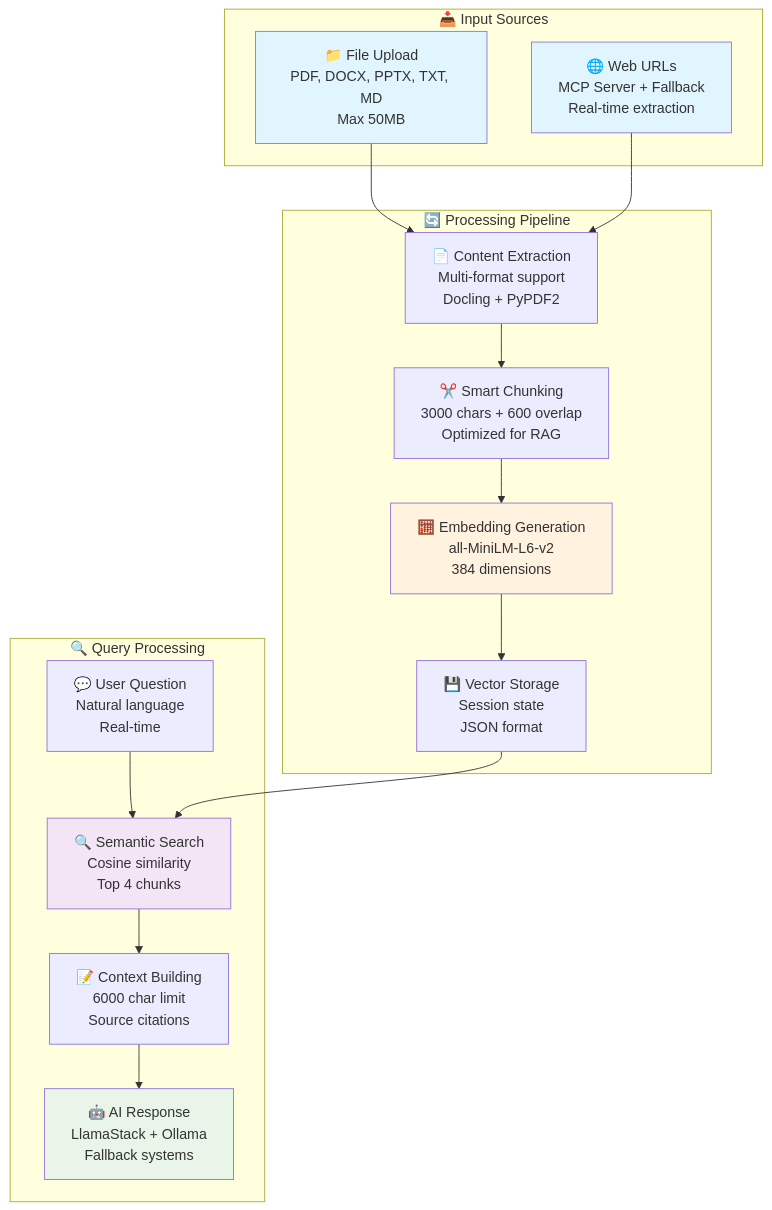
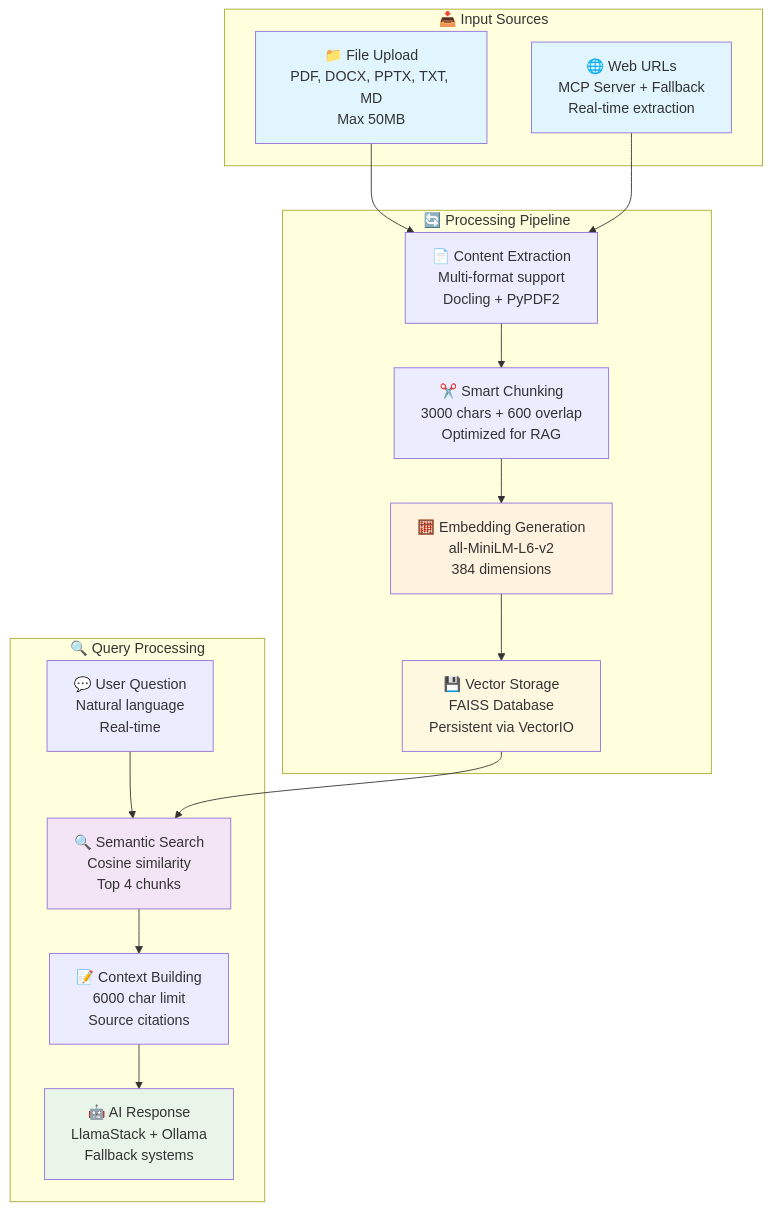
The third of 3 diagrams in README.md (abhijeet-dhumal/llama-stack-rag), drawn with Mermaid before and after one commit. The commit also changed other lines of this file and 26 other files, not shown here.

Commit message:
Add InMemory & Faiss VectorIO integrations

````diff
--- a/README.md
+++ b/README.md
@@ -221,40 +250,41 @@
 ```mermaid
 flowchart TD
     subgraph "📥 Input Sources"
         FILES[📁 File Upload<br/>PDF, DOCX, PPTX, TXT, MD<br/>Max 50MB]
         URLS[🌐 Web URLs<br/>MCP Server + Fallback<br/>Real-time extraction]
     end
     
     subgraph "🔄 Processing Pipeline"
         EXTRACT[📄 Content Extraction<br/>Multi-format support<br/>Docling + PyPDF2]
         CHUNK[✂️ Smart Chunking<br/>3000 chars + 600 overlap<br/>Optimized for RAG]
         EMBED[🧮 Embedding Generation<br/>all-MiniLM-L6-v2<br/>384 dimensions]
-        STORE[💾 Vector Storage<br/>Session state<br/>JSON format]
+        STORE[💾 Vector Storage<br/>FAISS Database<br/>Persistent via VectorIO]
     end
     
     subgraph "🔍 Query Processing"
         QUERY[💬 User Question<br/>Natural language<br/>Real-time]
         SEARCH[🔍 Semantic Search<br/>Cosine similarity<br/>Top 4 chunks]
         CONTEXT[📝 Context Building<br/>6000 char limit<br/>Source citations]
         RESPONSE[🤖 AI Response<br/>LlamaStack + Ollama<br/>Fallback systems]
     end
     
     %% Processing Flow
     FILES --> EXTRACT
     URLS --> EXTRACT
     EXTRACT --> CHUNK
     CHUNK --> EMBED
     EMBED --> STORE
     
     %% Query Flow
     QUERY --> SEARCH
     SEARCH --> CONTEXT
     CONTEXT --> RESPONSE
     STORE --> SEARCH
     
     style FILES fill:#e1f5fe
     style URLS fill:#e1f5fe
     style RESPONSE fill:#e8f5e8
     style EMBED fill:#fff3e0
     style SEARCH fill:#f3e5f5
+    style STORE fill:#fff8e1
 ```
````
